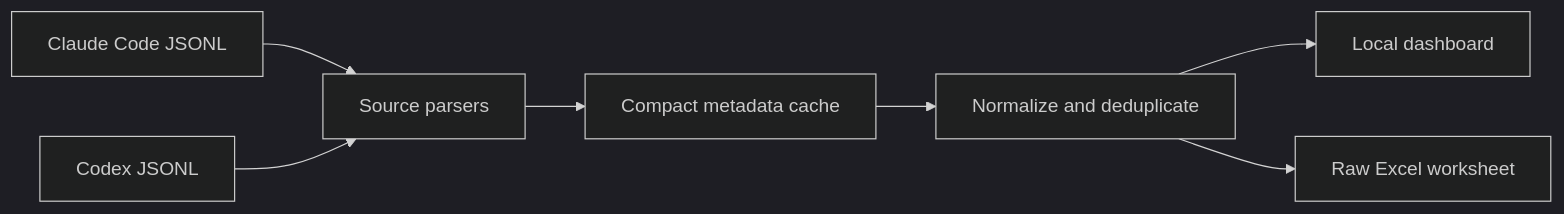
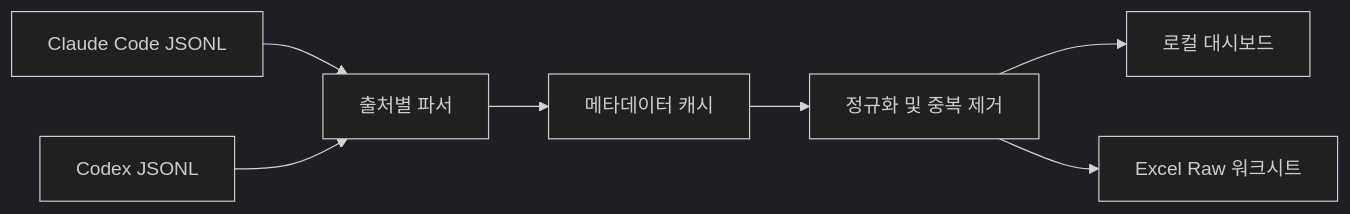
Before and after one commit to KimYeongHyeon/claude-codex-usage-export: the diagram in README.md, drawn with Mermaid (dark theme). The commit also changed other lines of this file, not shown here.

````diff
--- a/README.md
+++ b/README.md
@@ -234,9 +286,9 @@
 ```mermaid
 flowchart LR
-    A[Claude Code JSONL] --> C[Source parsers]
+    A[Claude Code JSONL] --> C[출처별 파서]
     B[Codex JSONL] --> C
-    C --> D[Compact metadata cache]
-    D --> E[Normalize and deduplicate]
-    E --> F[Local dashboard]
-    E --> G[Raw Excel worksheet]
+    C --> D[메타데이터 캐시]
+    D --> E[정규화 및 중복 제거]
+    E --> F[로컬 대시보드]
+    E --> G[Excel Raw 워크시트]
 ```
````
